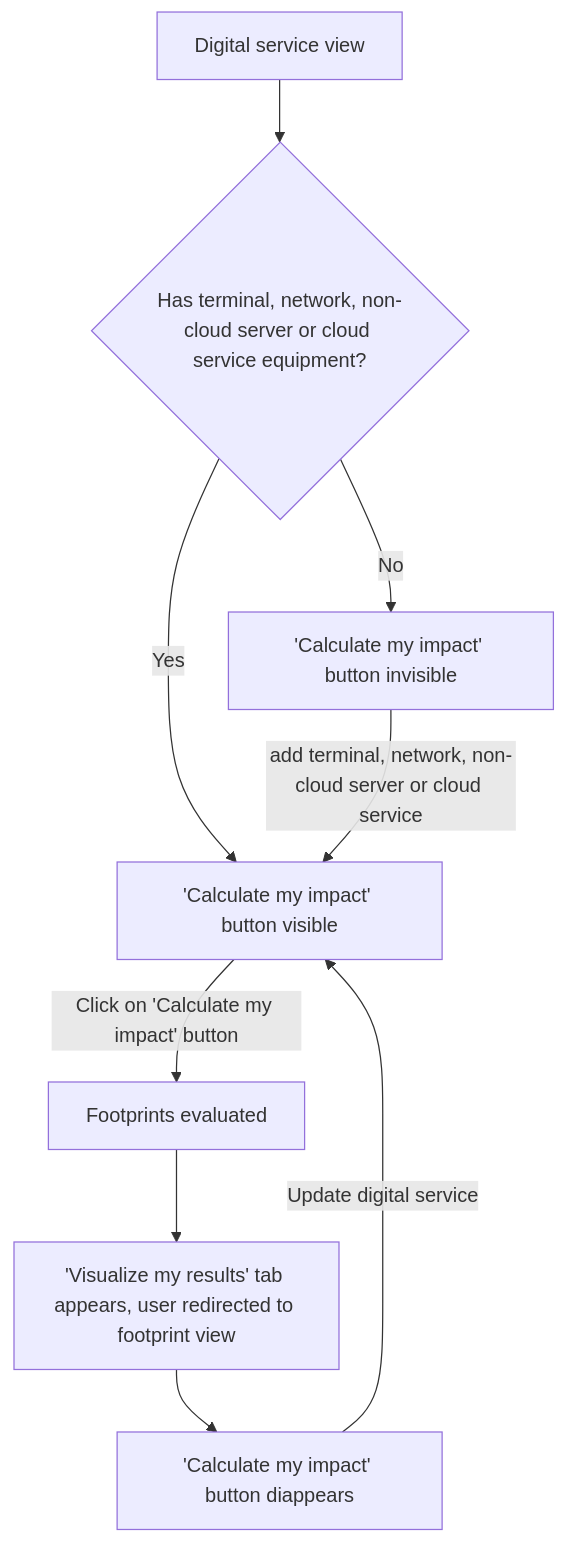
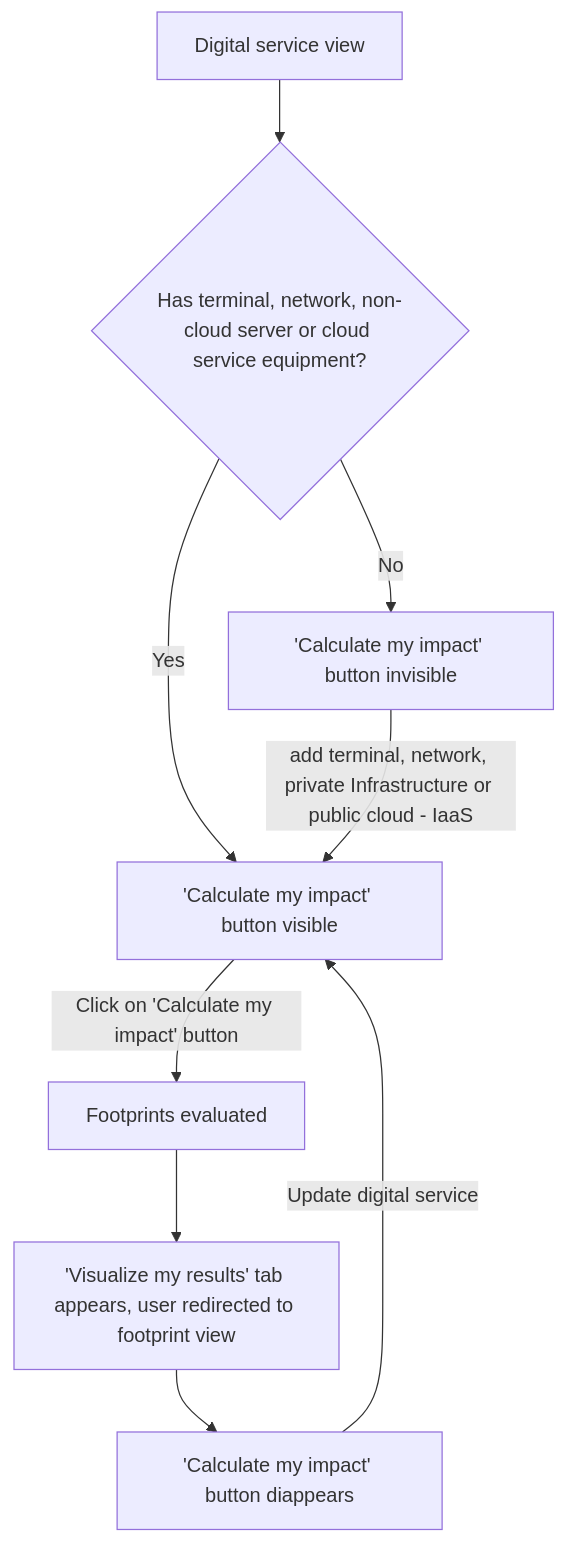
Before and after one commit to teamg4it/g4it: the first of 3 diagrams in services/documentation/content/2-functional-documentation/use_cases/uc_digital_services/uc4_launch_estimation.md, drawn with Mermaid. The commit also changed 51 other files, not shown here.

```diff
--- a/services/documentation/content/2-functional-documentation/use_cases/uc_digital_services/uc4_launch_estimation.md
+++ b/services/documentation/content/2-functional-documentation/use_cases/uc_digital_services/uc4_launch_estimation.md
@@ -25,8 +25,8 @@
 {{< mermaid align="center">}}
 graph TD;
 
 Step1[Digital service view]--> Decision1{Has terminal, network, non-cloud server or cloud service equipment?}
 Decision1 -->|Yes|Step2['Calculate my impact' button visible]
-Decision1 -->|No|Step3['Calculate my impact' button invisible] --> |add terminal, network, non-cloud server or cloud service|Step2-->|Click on 'Calculate my impact' button|Step4[Footprints evaluated]-->Step5['Visualize my results' tab appears, user redirected to footprint view] -->Step6['Calculate my impact' button diappears]-->|Update digital service|Step2
+Decision1 -->|No|Step3['Calculate my impact' button invisible] --> |add terminal, network, private Infrastructure or public cloud - IaaS|Step2-->|Click on 'Calculate my impact' button|Step4[Footprints evaluated]-->Step5['Visualize my results' tab appears, user redirected to footprint view] -->Step6['Calculate my impact' button diappears]-->|Update digital service|Step2
 
 {{< /mermaid >}}
```
